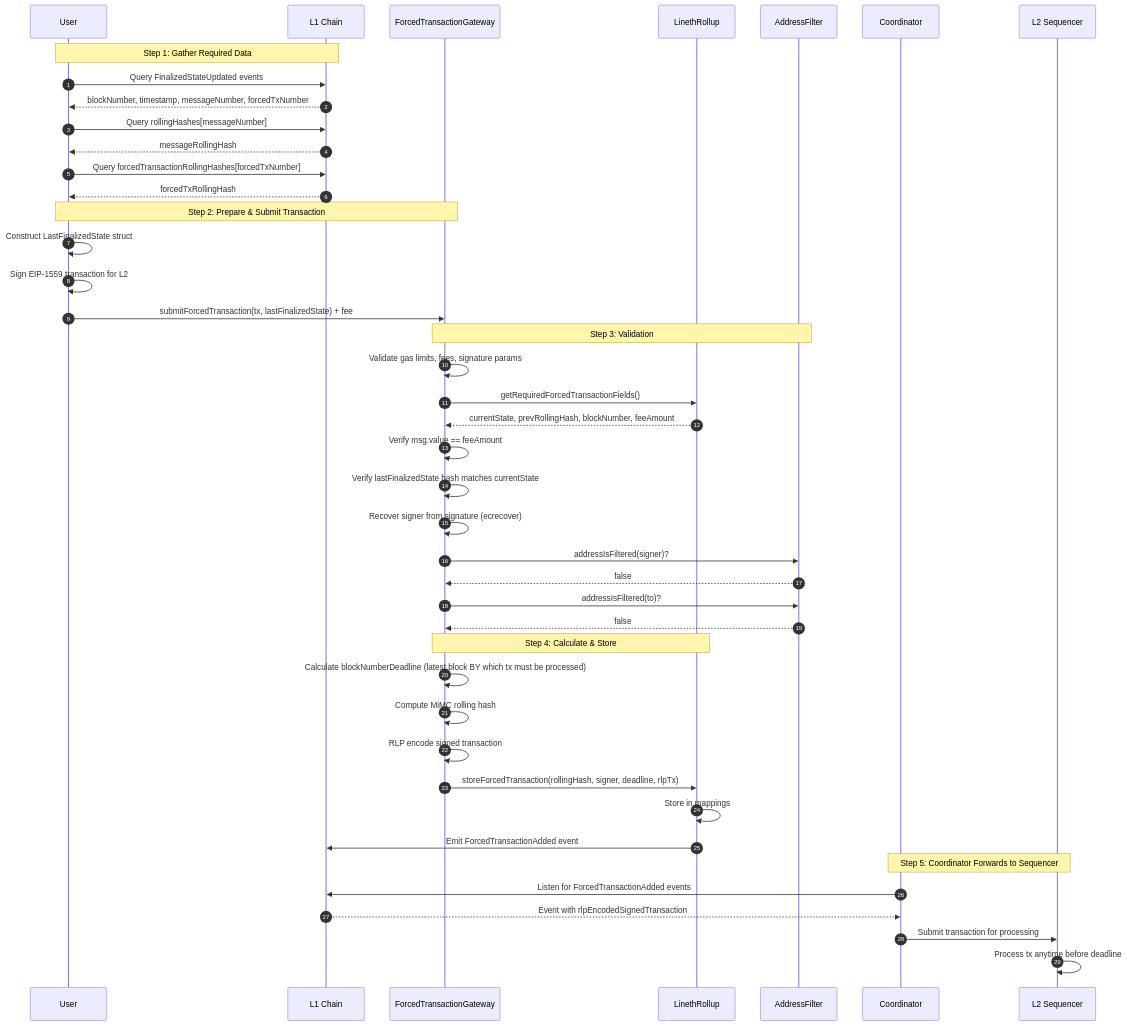
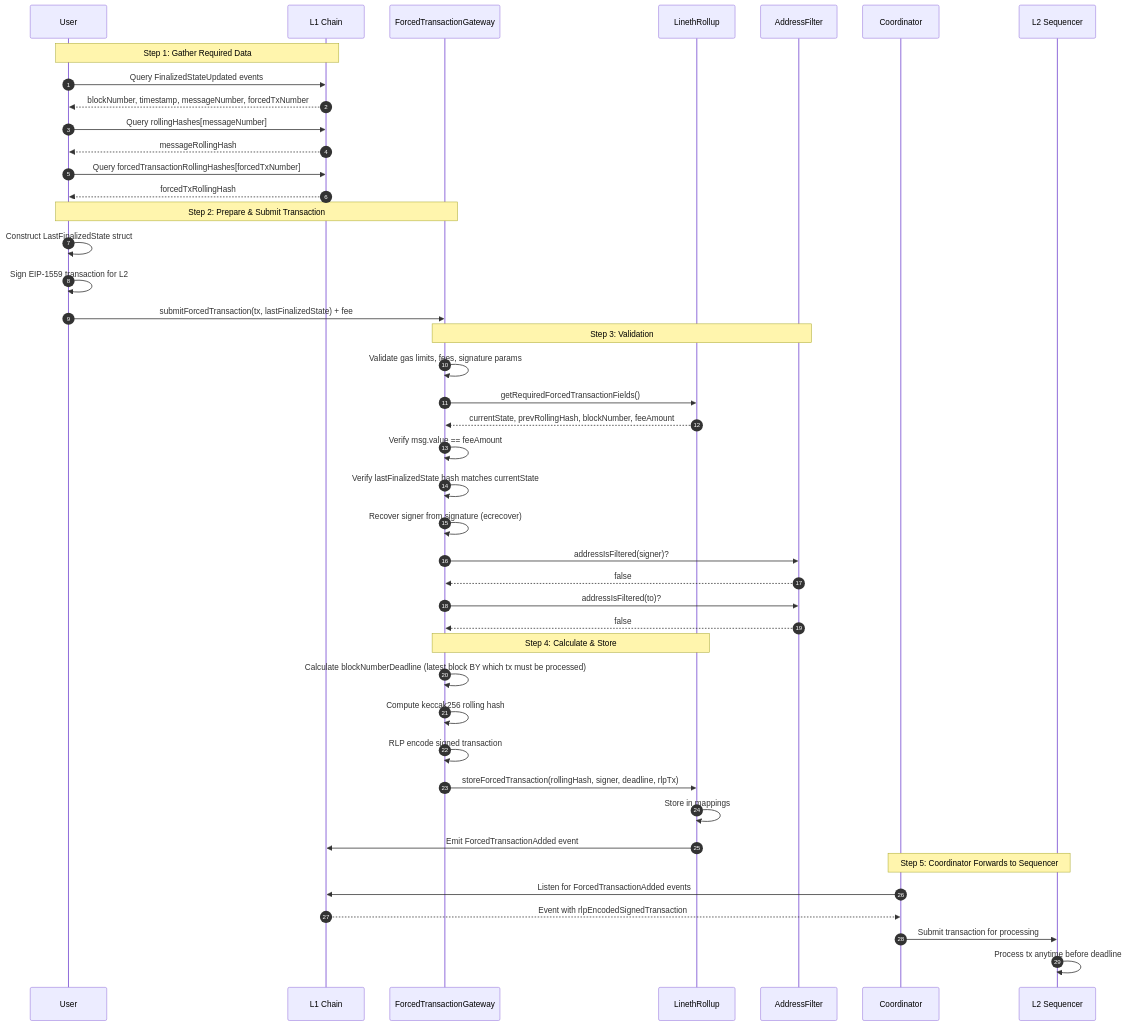
The diagram in docs/diagrams/forced-transactions/submission-flow.mmd (LFDT-Lineth/lineth-monorepo), drawn with Mermaid before and after one commit. The commit also changed 26 other files, not shown here.

```diff
--- a/docs/diagrams/forced-transactions/submission-flow.mmd
+++ b/docs/diagrams/forced-transactions/submission-flow.mmd
@@ -1,51 +1,51 @@
 %% Forced Transaction Submission Flow
 %% Renders with: https://mermaid.live or any Mermaid-compatible viewer
 
 sequenceDiagram
     autonumber
     participant User as User
     participant L1 as L1 Chain
     participant Gateway as ForcedTransactionGateway
     participant Rollup as LinethRollup
     participant Filter as AddressFilter
     participant Coordinator as Coordinator
     participant Sequencer as L2 Sequencer
     
     Note over User,L1: Step 1: Gather Required Data
     User->>L1: Query FinalizedStateUpdated events
     L1-->>User: blockNumber, timestamp, messageNumber, forcedTxNumber
     User->>L1: Query rollingHashes[messageNumber]
     L1-->>User: messageRollingHash
     User->>L1: Query forcedTransactionRollingHashes[forcedTxNumber]
     L1-->>User: forcedTxRollingHash
     
     Note over User,Gateway: Step 2: Prepare & Submit Transaction
     User->>User: Construct LastFinalizedState struct
     User->>User: Sign EIP-1559 transaction for L2
     User->>Gateway: submitForcedTransaction(tx, lastFinalizedState) + fee
     
     Note over Gateway,Filter: Step 3: Validation
     Gateway->>Gateway: Validate gas limits, fees, signature params
     Gateway->>Rollup: getRequiredForcedTransactionFields()
     Rollup-->>Gateway: currentState, prevRollingHash, blockNumber, feeAmount
     Gateway->>Gateway: Verify msg.value == feeAmount
     Gateway->>Gateway: Verify lastFinalizedState hash matches currentState
     Gateway->>Gateway: Recover signer from signature (ecrecover)
     Gateway->>Filter: addressIsFiltered(signer)?
     Filter-->>Gateway: false
     Gateway->>Filter: addressIsFiltered(to)?
     Filter-->>Gateway: false
     
     Note over Gateway,Rollup: Step 4: Calculate & Store
     Gateway->>Gateway: Calculate blockNumberDeadline (latest block BY which tx must be processed)
-    Gateway->>Gateway: Compute MiMC rolling hash
+    Gateway->>Gateway: Compute keccak256 rolling hash
     Gateway->>Gateway: RLP encode signed transaction
     Gateway->>Rollup: storeForcedTransaction(rollingHash, signer, deadline, rlpTx)
     Rollup->>Rollup: Store in mappings
     Rollup->>L1: Emit ForcedTransactionAdded event
     
     Note over Coordinator,Sequencer: Step 5: Coordinator Forwards to Sequencer
     Coordinator->>L1: Listen for ForcedTransactionAdded events
     L1-->>Coordinator: Event with rlpEncodedSignedTransaction
     Coordinator->>Sequencer: Submit transaction for processing
     Sequencer->>Sequencer: Process tx anytime before deadline
```
